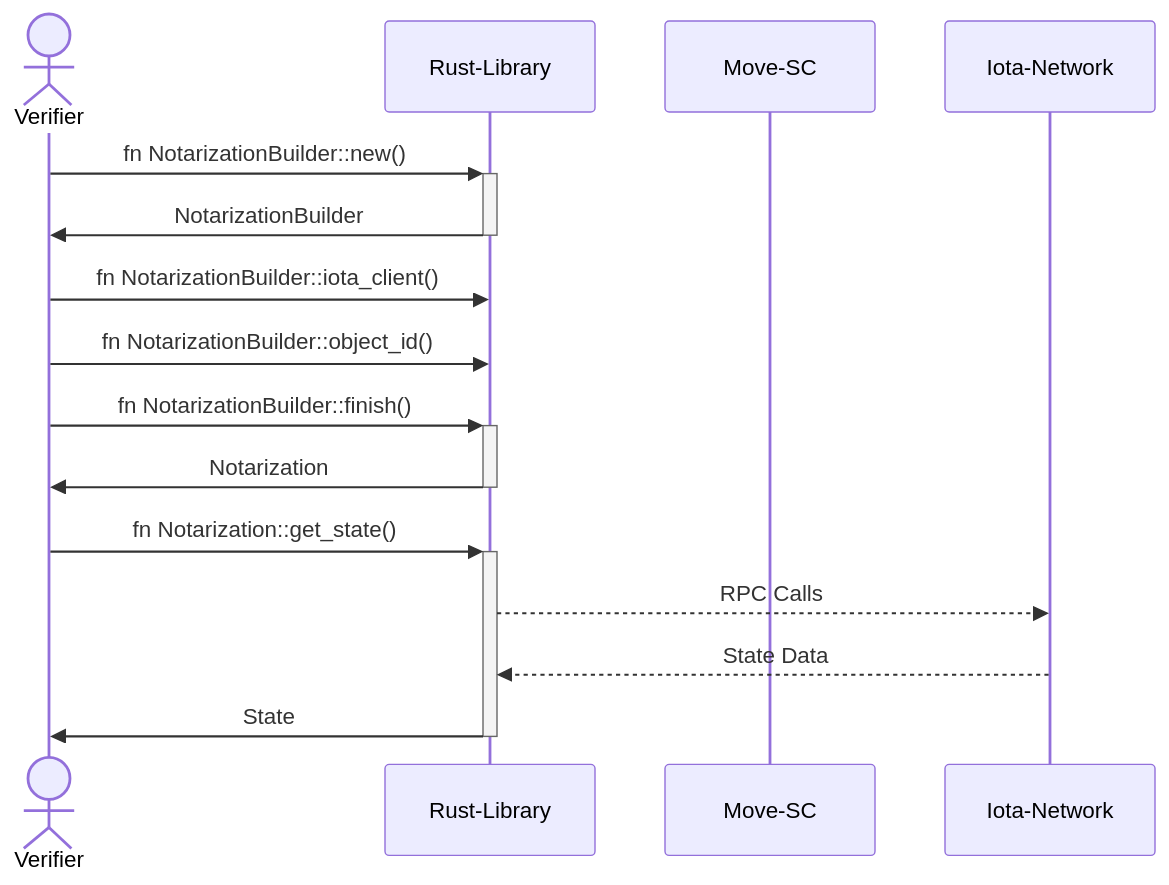
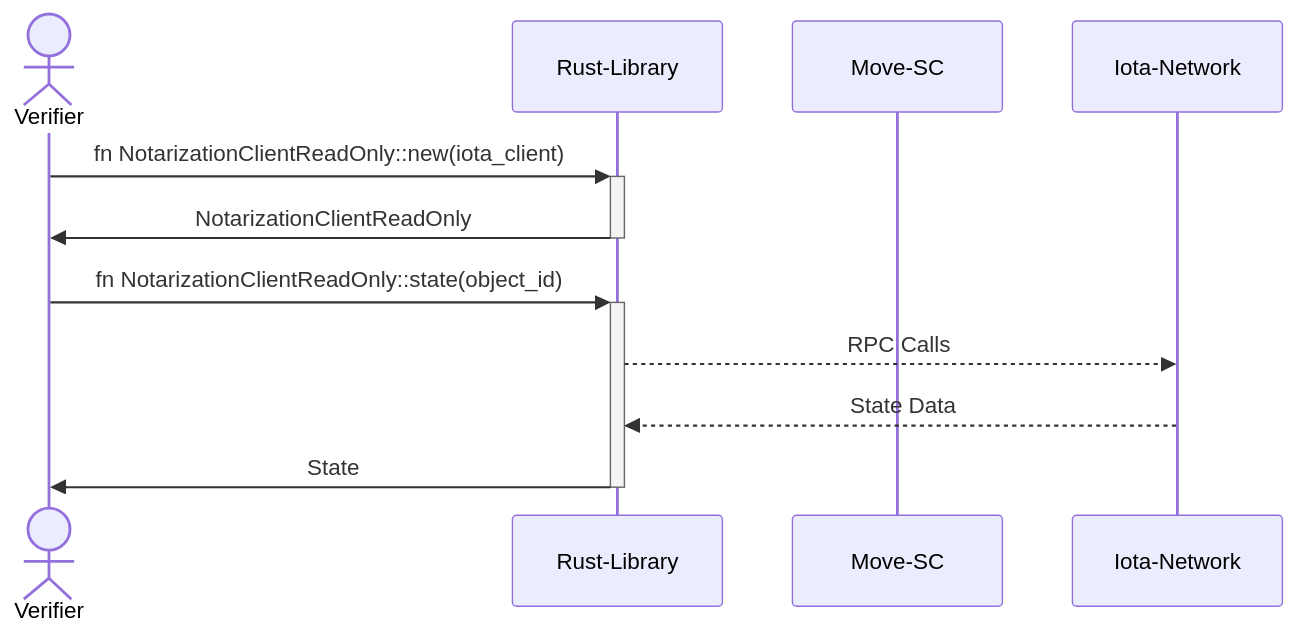
One commit to iotaledger/notarization changed the second of 3 diagrams in notarization-rs/README.md. Above: the diagram before and after it, drawn with Mermaid. The commit also changed other lines of this file and 6 other files, not shown here.

````diff
--- a/notarization-rs/README.md
+++ b/notarization-rs/README.md
@@ -94,17 +99,13 @@
 ```mermaid
 sequenceDiagram
     actor Verifier
     participant Lib as Rust-Library
     participant Move as Move-SC
     participant Net as Iota-Network
-    Verifier ->>+ Lib: fn NotarizationBuilder::new()
-    Lib ->>- Verifier: NotarizationBuilder
-    Verifier ->> Lib: fn NotarizationBuilder::iota_client()
-    Verifier ->> Lib: fn NotarizationBuilder::object_id()
-    Verifier ->>+ Lib: fn NotarizationBuilder::finish()
-    Lib ->>- Verifier: Notarization
-    Verifier ->>+ Lib: fn Notarization::get_state()
+    Verifier ->>+ Lib: fn NotarizationClientReadOnly::new(iota_client)
+    Lib ->>- Verifier: NotarizationClientReadOnly
+    Verifier ->>+ Lib: fn NotarizationClientReadOnly::state(object_id)
     Lib -->> Net: RPC Calls
     Net -->> Lib: State Data
     Lib ->>- Verifier: State
 ```
````
